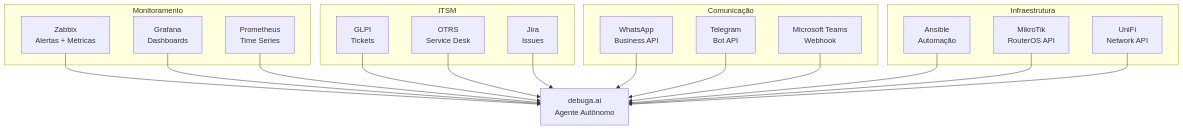
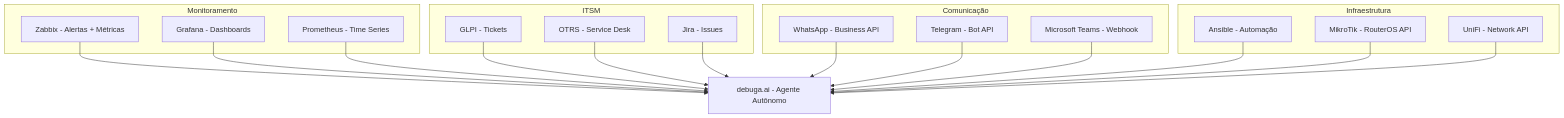
Before and after one commit to SperryTecnologia/debuga-ai: the seventh of 7 diagrams in docs/WHITE_LABEL_OVERVIEW.md, drawn with Mermaid. The commit also changed other lines of this file and 213 other files, not shown here.

````diff
--- a/docs/WHITE_LABEL_OVERVIEW.md
+++ b/docs/WHITE_LABEL_OVERVIEW.md
@@ -361,40 +361,40 @@
 ```mermaid
 graph TB
     subgraph "Monitoramento"
-        ZABBIX[Zabbix<br/>Alertas + Métricas]
-        GRAFANA[Grafana<br/>Dashboards]
-        PROMETHEUS[Prometheus<br/>Time Series]
+        ZABBIX[Zabbix - Alertas + Métricas]
+        GRAFANA[Grafana - Dashboards]
+        PROMETHEUS[Prometheus - Time Series]
     end
 
     subgraph "ITSM"
-        GLPI[GLPI<br/>Tickets]
-        OTRS[OTRS<br/>Service Desk]
-        JIRA[Jira<br/>Issues]
+        GLPI[GLPI - Tickets]
+        OTRS[OTRS - Service Desk]
+        JIRA[Jira - Issues]
     end
 
     subgraph "Comunicação"
-        WHATSAPP[WhatsApp<br/>Business API]
-        TELEGRAM[Telegram<br/>Bot API]
-        TEAMS[Microsoft Teams<br/>Webhook]
+        WHATSAPP[WhatsApp - Business API]
+        TELEGRAM[Telegram - Bot API]
+        TEAMS[Microsoft Teams - Webhook]
     end
 
     subgraph "Infraestrutura"
-        ANSIBLE[Ansible<br/>Automação]
-        MIKROTIK[MikroTik<br/>RouterOS API]
-        UNIFI[UniFi<br/>Network API]
+        ANSIBLE[Ansible - Automação]
+        MIKROTIK[MikroTik - RouterOS API]
+        UNIFI[UniFi - Network API]
     end
 
-    DEBUGA[debuga.ai<br/>Agente Autônomo]
+    DEBUGA[debuga.ai - Agente Autônomo]
     ZABBIX --> DEBUGA
     GRAFANA --> DEBUGA
     PROMETHEUS --> DEBUGA
     GLPI --> DEBUGA
     OTRS --> DEBUGA
     JIRA --> DEBUGA
     WHATSAPP --> DEBUGA
     TELEGRAM --> DEBUGA
     TEAMS --> DEBUGA
     ANSIBLE --> DEBUGA
     MIKROTIK --> DEBUGA
     UNIFI --> DEBUGA
 ```
````
